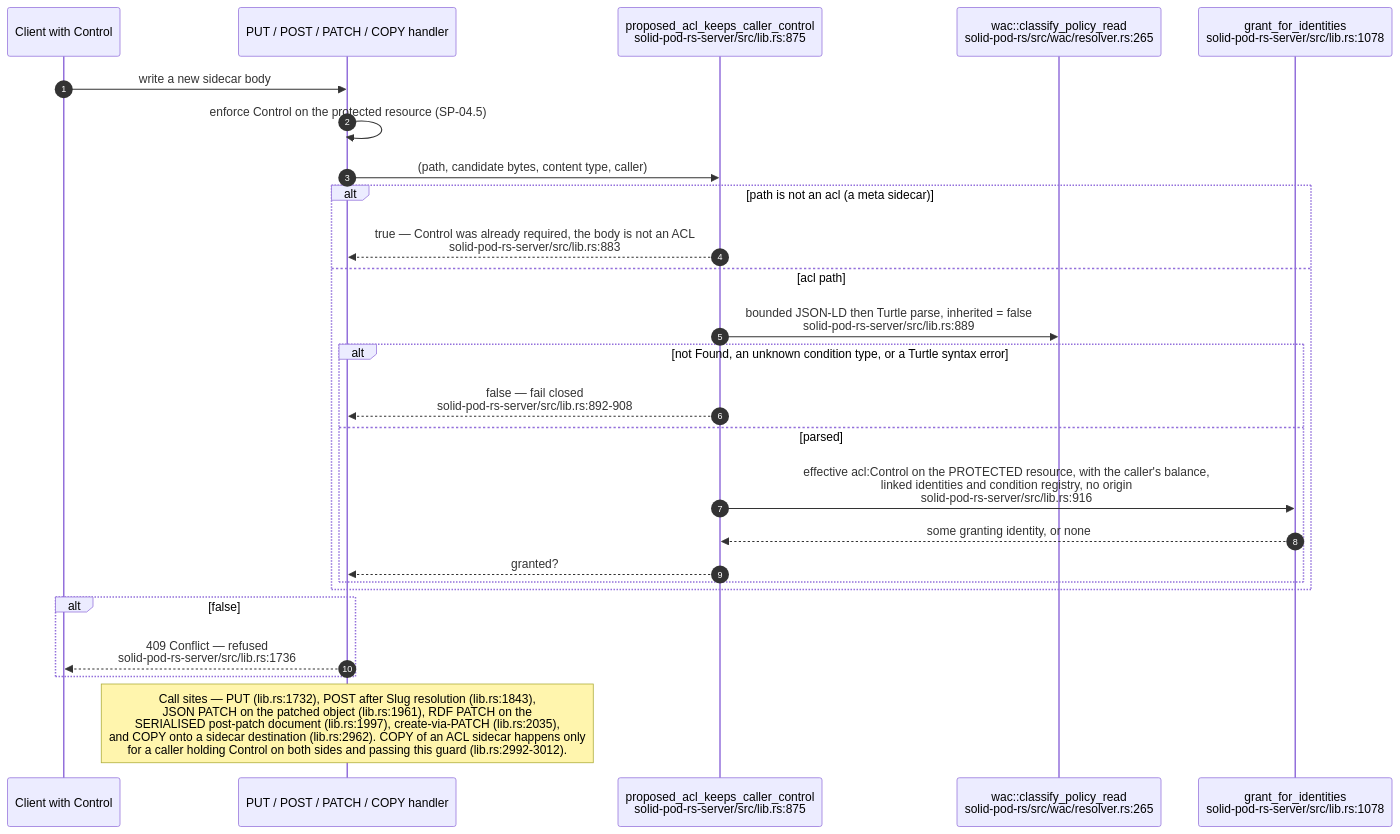
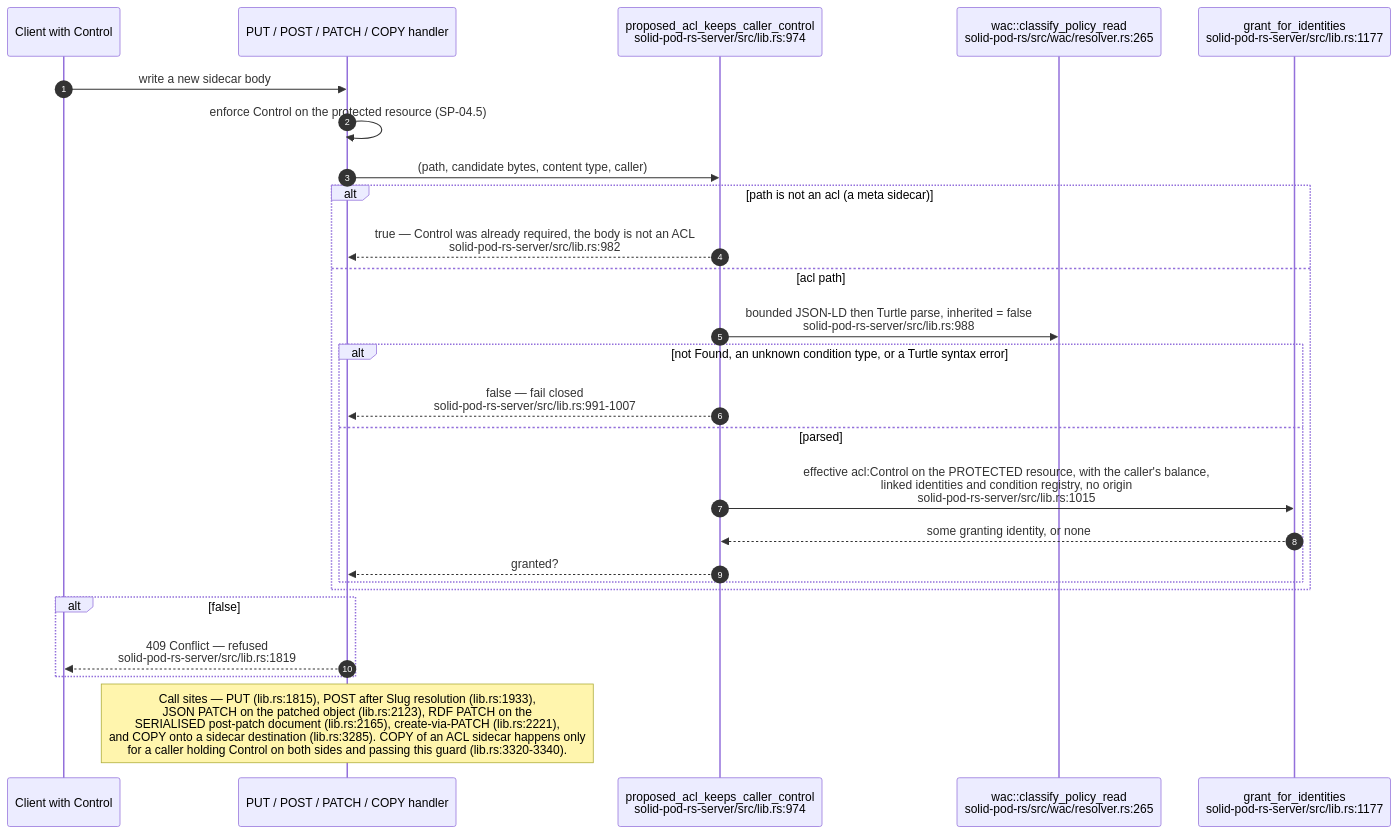
One commit to DreamLab-AI/VisionFlow changed the sixth of 13 diagrams in docs/diagrams/solid-pod-rs/04-wac-authorisation.md. Above: the diagram before and after it, drawn with Mermaid. The commit also changed other lines of this file and 59 other files, not shown here.

First line of the commit message:
docs(diagrams): re-derive and re-stamp forum, website, pod, ontomark and sealmap topics

````diff
--- a/docs/diagrams/solid-pod-rs/04-wac-authorisation.md
+++ b/docs/diagrams/solid-pod-rs/04-wac-authorisation.md
@@ -203,29 +204,29 @@
 ```mermaid
 sequenceDiagram
     autonumber
     participant C as Client with Control
     participant H as PUT / POST / PATCH / COPY handler
-    participant G as proposed_acl_keeps_caller_control<br/>solid-pod-rs-server/src/lib.rs:875
+    participant G as proposed_acl_keeps_caller_control<br/>solid-pod-rs-server/src/lib.rs:974
     participant CP as wac::classify_policy_read<br/>solid-pod-rs/src/wac/resolver.rs:265
-    participant GI as grant_for_identities<br/>solid-pod-rs-server/src/lib.rs:1078
+    participant GI as grant_for_identities<br/>solid-pod-rs-server/src/lib.rs:1177
 
     C->>H: write a new sidecar body
     H->>H: enforce Control on the protected resource (SP-04.5)
     H->>G: (path, candidate bytes, content type, caller)
     alt path is not an acl (a meta sidecar)
-        G-->>H: true — Control was already required, the body is not an ACL<br/>solid-pod-rs-server/src/lib.rs:883
+        G-->>H: true — Control was already required, the body is not an ACL<br/>solid-pod-rs-server/src/lib.rs:982
     else acl path
-        G->>CP: bounded JSON-LD then Turtle parse, inherited = false<br/>solid-pod-rs-server/src/lib.rs:889
+        G->>CP: bounded JSON-LD then Turtle parse, inherited = false<br/>solid-pod-rs-server/src/lib.rs:988
         alt not Found, an unknown condition type, or a Turtle syntax error
-            G-->>H: false — fail closed<br/>solid-pod-rs-server/src/lib.rs:892-908
+            G-->>H: false — fail closed<br/>solid-pod-rs-server/src/lib.rs:991-1007
         else parsed
-            G->>GI: effective acl:Control on the PROTECTED resource, with the caller's balance,<br/>linked identities and condition registry, no origin<br/>solid-pod-rs-server/src/lib.rs:916
+            G->>GI: effective acl:Control on the PROTECTED resource, with the caller's balance,<br/>linked identities and condition registry, no origin<br/>solid-pod-rs-server/src/lib.rs:1015
             GI-->>G: some granting identity, or none
             G-->>H: granted?
         end
     end
     alt false
-        H-->>C: 409 Conflict — refused<br/>solid-pod-rs-server/src/lib.rs:1736
+        H-->>C: 409 Conflict — refused<br/>solid-pod-rs-server/src/lib.rs:1819
     end
-    Note over H: Call sites — PUT (lib.rs:1732), POST after Slug resolution (lib.rs:1843),<br/>JSON PATCH on the patched object (lib.rs:1961), RDF PATCH on the<br/>SERIALISED post-patch document (lib.rs:1997), create-via-PATCH (lib.rs:2035),<br/>and COPY onto a sidecar destination (lib.rs:2962). COPY of an ACL sidecar happens only<br/>for a caller holding Control on both sides and passing this guard (lib.rs:2992-3012).
+    Note over H: Call sites — PUT (lib.rs:1815), POST after Slug resolution (lib.rs:1933),<br/>JSON PATCH on the patched object (lib.rs:2123), RDF PATCH on the<br/>SERIALISED post-patch document (lib.rs:2165), create-via-PATCH (lib.rs:2221),<br/>and COPY onto a sidecar destination (lib.rs:3285). COPY of an ACL sidecar happens only<br/>for a caller holding Control on both sides and passing this guard (lib.rs:3320-3340).
 ```
````
